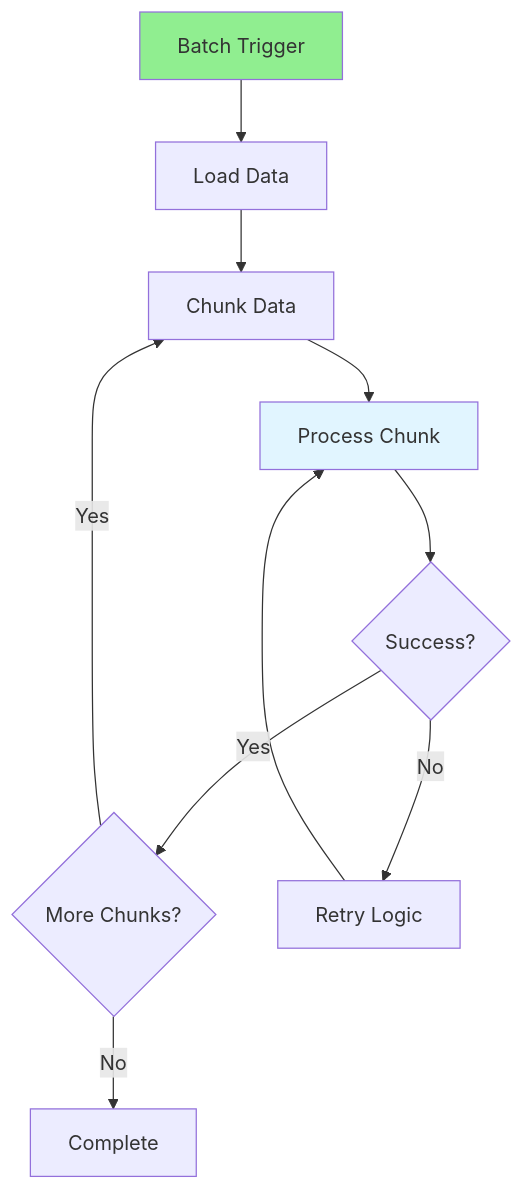
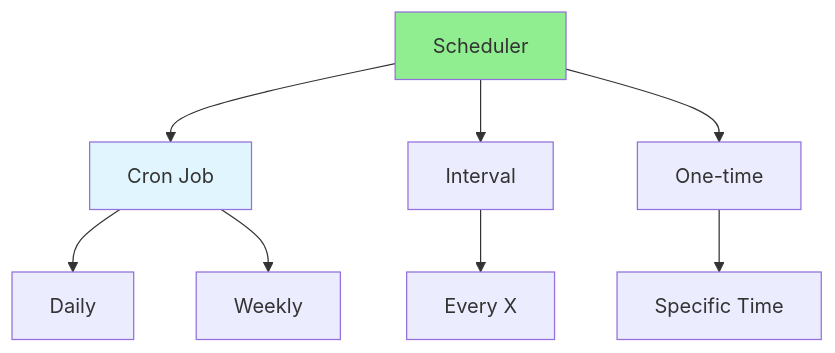
One commit to iouthnamain/tech-note changed the diagram in Full-Stack-Guides/Group-09-Complex-Functions/09.05_Scheduled_Tasks.md. Above: the diagram before and after it, drawn with Mermaid. The commit also changed other lines of this file and 480 other files, not shown here.

````diff
--- a/Full-Stack-Guides/Group-09-Complex-Functions/09.05_Scheduled_Tasks.md
+++ b/Full-Stack-Guides/Group-09-Complex-Functions/09.05_Scheduled_Tasks.md
@@ -23,15 +22,14 @@
 ```mermaid
-flowchart TD
-    Trigger[Batch Trigger] --> Load[Load Data]
-    Load --> Chunk[Chunk Data]
-    Chunk --> Process[Process Chunk]
-    Process --> Success{Success?}
-    Success -->|Yes| Next{More Chunks?}
-    Success -->|No| Retry[Retry Logic]
-    Retry --> Process
-    Next -->|Yes| Chunk
-    Next -->|No| Complete[Complete]
+graph TD
+    Schedule[Scheduler] --> Cron[Cron Job]
+    Schedule --> Interval[Interval]
+    Schedule --> OneTime[One-time]
     
-    style Trigger fill:#90EE90
-    style Process fill:#e1f5ff
+    Cron --> Daily[Daily]
+    Cron --> Weekly[Weekly]
+    Interval --> Every[Every X]
+    OneTime --> Specific[Specific Time]
+    
+    style Schedule fill:#90EE90
+    style Cron fill:#e1f5ff
 ```
````
